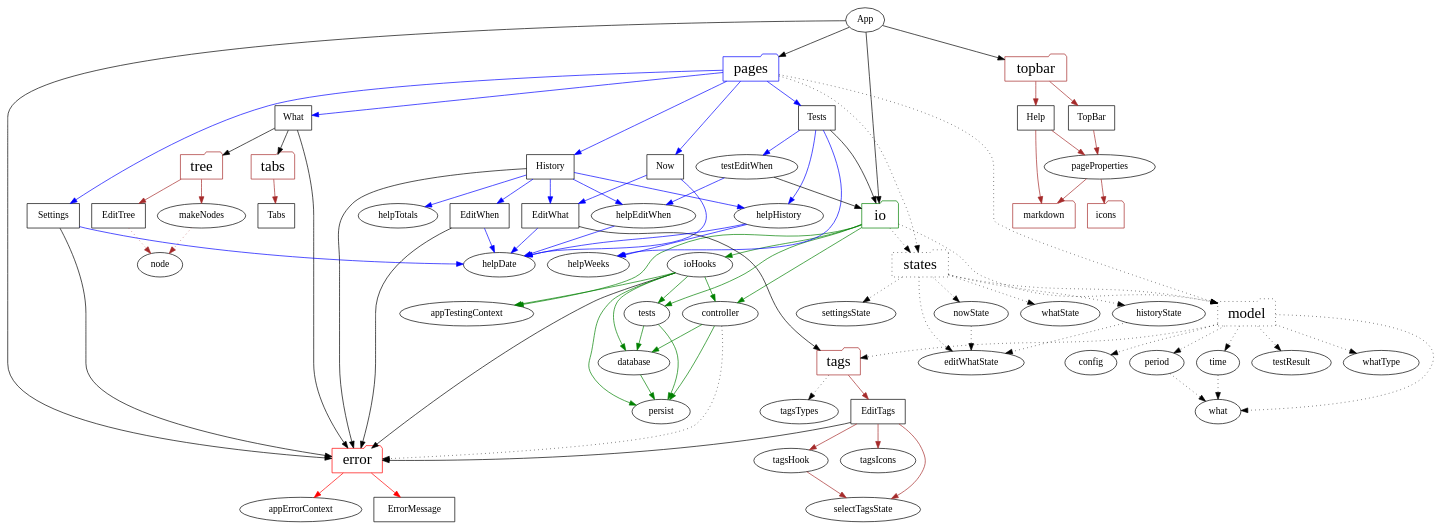
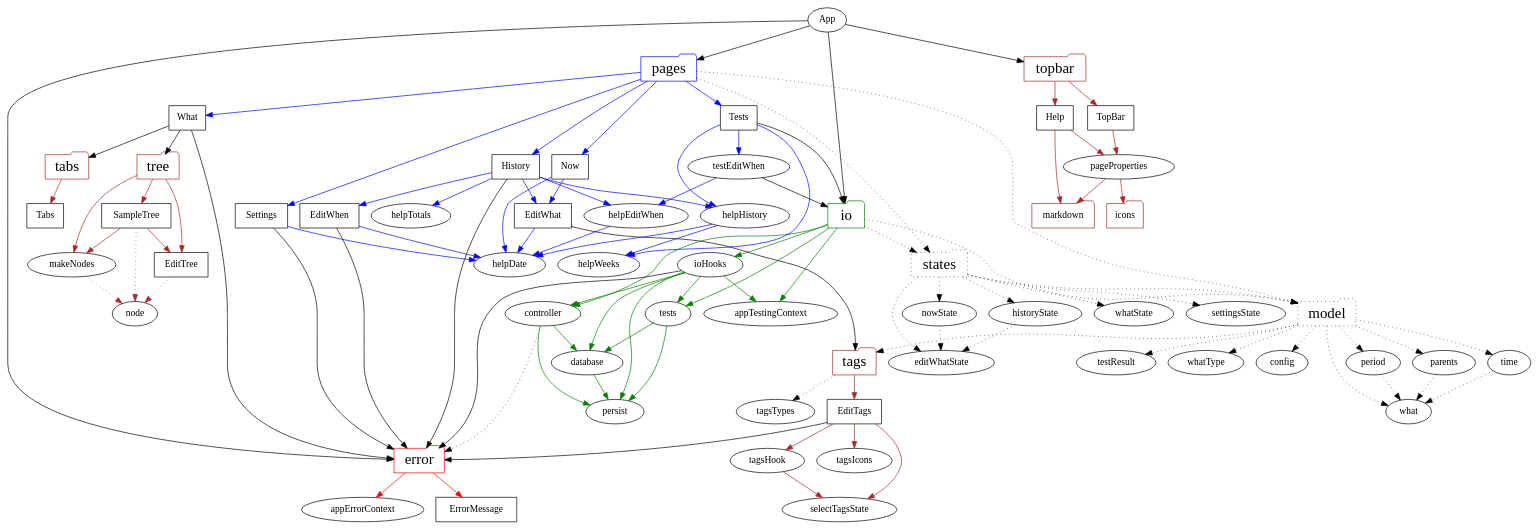
One commit to cwellsx/time changed the diagram in dependencies/dependencies.dot. Above: the diagram before and after it, drawn with Graphviz. The commit also changed 7 other files, not shown here.

Commit message:
create a SampleTree and support dragging

```diff
--- a/dependencies/dependencies.dot
+++ b/dependencies/dependencies.dot
@@ -1,100 +1,104 @@
 digraph SRC {
   "App" -> {"error" "io" "pages" "topbar"};
 
   "error" [shape=folder, color=red, fontsize="22pt"];
   "io" [shape=folder, color=green, fontsize="22pt"];
   "model" [shape=folder, fontsize="22pt"] [style=dotted];
   "pages" [shape=folder, color=blue, fontsize="22pt"];
   "states" [shape=folder, fontsize="22pt"] [style=dotted];
   "tabs" [shape=folder, color=brown, fontsize="22pt"];
   "tags" [shape=folder, color=brown, fontsize="22pt"];
   "topbar" [shape=folder, color=brown, fontsize="22pt"];
   "tree" [shape=folder, color=brown, fontsize="22pt"];
   "icons" [shape=folder, color=brown];
   "markdown" [shape=folder, color=brown];
   
   "error" -> {"ErrorMessage" "appErrorContext"} [color=red];
   "ErrorMessage" [shape=rect];
   "ErrorMessage" -> {};
   "appErrorContext" -> {};
 
   "io" -> {"controller" "ioHooks" "tests" "appTestingContext"} [color=green];
   "io" -> {"model" "states"} [style=dotted];
   "controller" -> {"persist" "database"} [color=green];
   "controller" -> {"error"} [style=dotted];
   "database" -> {"persist"} [color=green];
   "ioHooks" -> {"controller" "database" "persist" "tests" "appTestingContext"} [color=green];
   "ioHooks" -> {"error"};
   "tests" -> {"database" "persist"} [color=green];
   "persist" -> {}
   "appTestingContext" -> {};
 
-  "model" -> {"config" "period" "testResult" "time" "tags" "whatType" "what"} [style=dotted];
+  "model" -> {"config" "period" "testResult" "parents" "time" "tags" "whatType" "what"} [style=dotted];
   "config" -> {} [style=dotted];
   "period" -> {"what"} [style=dotted];
   "testResult" -> {} [style=dotted];
   "time" -> {"what"} [style=dotted];
+  "parents" -> {"what"} [style=dotted];
   "what" -> {} [style=dotted];
   "whatType" -> {} [style=dotted];
 
   "pages" -> {"Now" "What" "History" "Settings" "Tests"} [color=blue];
   "Now" [shape=rect];
   "What" [shape=rect];
   "History" [shape=rect];
   "Settings" [shape=rect];
   "Tests" [shape=rect];
   "EditWhat" [shape=rect];
   "EditWhen" [shape=rect];
   "pages" -> {"model" "states"} [style=dotted];
   "helpDate" -> {};
   "helpWeeks" -> {};
   "helpTotals" -> {};
   "Now" -> {"helpDate" "EditWhat"} [color=blue];
   "What" -> {"tabs" "error" "tree"};
   "History" -> {"helpHistory" "helpTotals" "EditWhat" "EditWhen" "helpEditWhen"} [color=blue];
   "History" -> {"error"};
   "Settings" -> {"helpDate"} [color=blue];
   "Settings" -> {"error"};
   "Tests" -> {"helpWeeks" "helpHistory" "testEditWhen"} [color=blue];
   "Tests" -> {"io"};
   "helpHistory" -> {"helpWeeks" "helpDate"} [color=blue];
   "testEditWhen" -> {"helpEditWhen"} [color=blue];
   "testEditWhen" -> {"io"};
   "helpEditWhen" -> {"helpDate"} [color=blue];
   "EditWhat" -> {"helpDate"} [color=blue]
   "EditWhat" -> {"tags"};
   "EditWhen" -> {"helpDate"} [color=blue]
   "EditWhen" -> {"error"}
 
   "states" -> {"nowState" "whatState" "historyState" "settingsState" "editWhatState" "model"} [style=dotted];
   "nowState" -> {"editWhatState"} [style=dotted];
   "whatState" -> {} [style=dotted];
   "historyState" -> {"editWhatState"} [style=dotted];
   "settingsState" -> {} [style=dotted];
   "editWhatState" -> {} [style=dotted];
 
   "tabs" -> {"Tabs"} [color=brown];
   "Tabs" [shape=rect];
   "Tabs" -> {};
 
-  "tree" -> {"EditTree" "makeNodes"} [color=brown];
+  "tree" -> {"EditTree" "SampleTree" "makeNodes"} [color=brown];
   "EditTree" [shape=rect];
+  "SampleTree" [shape=rect];
   "EditTree" -> {"node"} [style=dotted, color=brown];
+  "SampleTree" -> {"EditTree" "makeNodes"} [color=brown];
+  "SampleTree" -> {"node"} [style=dotted, color=brown];
   "makeNodes" -> {"node"} [style=dotted, color=brown];
 
   "tags" -> {"EditTags"} [color=brown];
   "tags" -> {"tagsTypes"} [style=dotted];
   "EditTags" [shape=rect];
   "EditTags" -> {"selectTagsState" "tagsHook" "tagsIcons"} [color=brown];
   "EditTags" -> {"error"};
   "tagsHook" -> {"selectTagsState"} [color=brown];
   "tagsIcons" -> {};
   "tagsTypes" -> {} [style=dotted, color=brown];
 
   "topbar" -> {"TopBar" "Help"} [color=brown];
   "TopBar" [shape=rect];
   "Help" [shape=rect];
   "TopBar" -> {"pageProperties"} [color=brown];
   "pageProperties" -> {"markdown" "icons"} [color=brown];
   "Help" -> {"markdown" "pageProperties"} [color=brown];
 }
```
